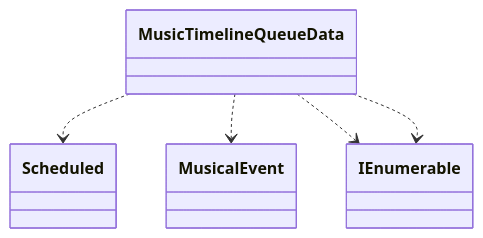
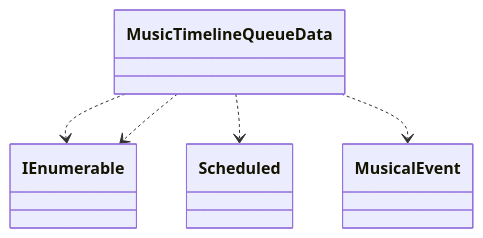
One commit to schnock-art/project_inspector changed the eighth of 31 diagrams in test/test.md. Above: the diagram before and after it, drawn with Mermaid. The commit also changed other lines of this file and 2 other files, not shown here.

Commit message:
Fixed empyt mermaid diagrams

````diff
--- a/test/test.md
+++ b/test/test.md
@@ -268,7 +267,7 @@
 ```mermaid
 classDiagram
+MusicTimelineQueueData ..> IEnumerable
 MusicTimelineQueueData ..> Scheduled
+MusicTimelineQueueData ..> IEnumerable
 MusicTimelineQueueData ..> MusicalEvent
-MusicTimelineQueueData ..> IEnumerable
-MusicTimelineQueueData ..> IEnumerable
 ```
````
